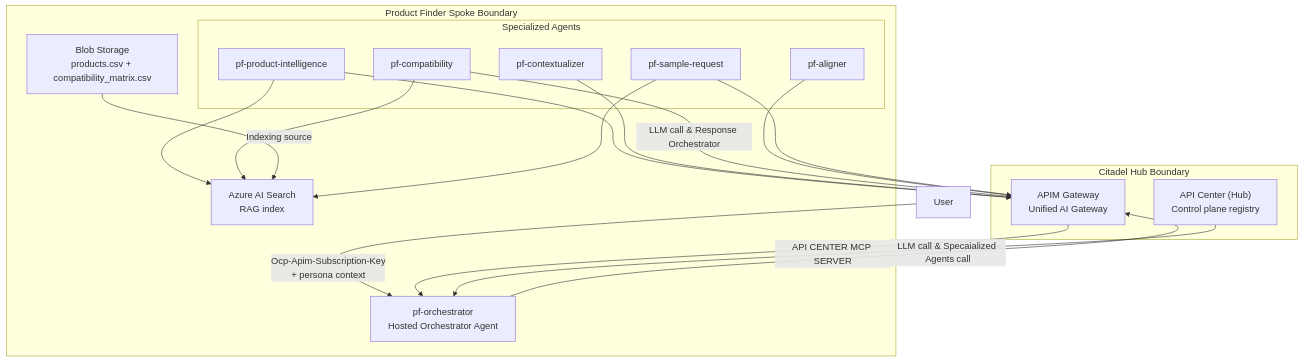
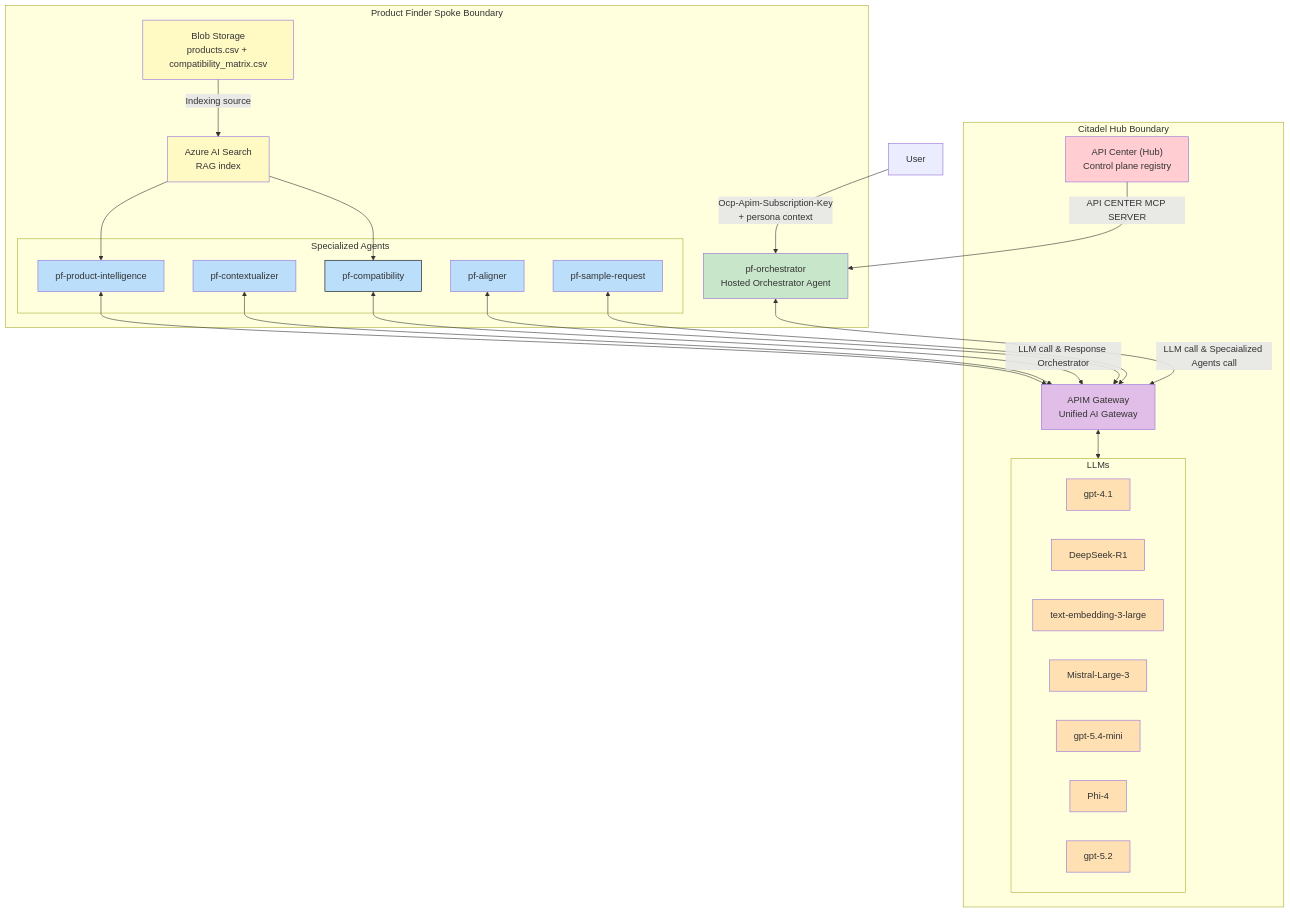
One commit to sofiedelaet001/ai-citadel-workshop changed the diagram in workshop/product-finder/docs/product-finder-hub-spoke-diagram.md. Above: the diagram before and after it, drawn with Mermaid. The commit also changed 2 other files, not shown here.

Commit message:
improved documentation

````diff
--- a/workshop/product-finder/docs/product-finder-hub-spoke-diagram.md
+++ b/workshop/product-finder/docs/product-finder-hub-spoke-diagram.md
@@ -5,35 +5,63 @@
 ```mermaid
 ---
 config:
   layout: fixed
 ---
 flowchart TB
+ subgraph MODELS["LLMs"]
+        GPT4["gpt-4.1"]
+        DS["DeepSeek-R1"]
+        EM["text-embedding-3-large"]
+        MIS["Mistral-Large-3"]
+        GPTM["gpt-5.4-mini"]
+        PHI["Phi-4"]
+        GPT5["gpt-5.2"]
+  end
  subgraph HUB["Citadel Hub Boundary"]
         APIM["APIM Gateway<br>Unified AI Gateway"]
         HUBAPIC["API Center (Hub)<br>Control plane registry"]
+        MODELS
   end
  subgraph SPEC["Specialized Agents"]
         CTXT["pf-contextualizer"]
         PROD["pf-product-intelligence"]
         COMP["pf-compatibility"]
         ALIGN["pf-aligner"]
         SAMPLE["pf-sample-request"]
   end
  subgraph SPOKE["Product Finder Spoke Boundary"]
         ORCH["pf-orchestrator<br>Hosted Orchestrator Agent"]
         SPEC
         SEARCH["Azure AI Search<br>RAG index"]
         BLOB["Blob Storage<br>products.csv + compatibility_matrix.csv"]
   end
     User["User"] -- "Ocp-Apim-Subscription-Key<br>+ persona context" --> ORCH
-    APIM --> ORCH
-    PROD --> SEARCH & APIM
-    COMP --> SEARCH
-    CTXT --> APIM
+    SEARCH --> PROD & COMP
+    PROD <--> APIM
+    CTXT <--> APIM
     BLOB -- Indexing source --> SEARCH
+    COMP <-- LLM call & Response Orchestrator --> APIM
+    ALIGN <--> APIM
+    SAMPLE <--> APIM
+    ORCH <-- LLM call & Specaialized Agents call --> APIM
     HUBAPIC -- API CENTER MCP SERVER --> ORCH
-    COMP -- LLM call & Response Orchestrator --> APIM
-    ALIGN --> APIM
-    SAMPLE --> SEARCH & APIM
-    ORCH -- LLM call & Specaialized Agents call --> APIM
+    APIM <--> MODELS
+
+    style GPT4 fill:#FFE0B2
+    style DS fill:#FFE0B2
+    style EM fill:#FFE0B2
+    style MIS fill:#FFE0B2
+    style GPTM fill:#FFE0B2
+    style PHI fill:#FFE0B2
+    style GPT5 fill:#FFE0B2
+    style APIM fill:#E1BEE7
+    style HUBAPIC fill:#FFCDD2
+    style CTXT fill:#BBDEFB
+    style PROD fill:#BBDEFB
+    style COMP stroke:#000000,fill:#BBDEFB
+    style ALIGN fill:#BBDEFB
+    style SAMPLE fill:#BBDEFB
+    style ORCH fill:#C8E6C9
+    style SEARCH fill:#FFF9C4
+    style BLOB fill:#FFF9C4
 ```
````
